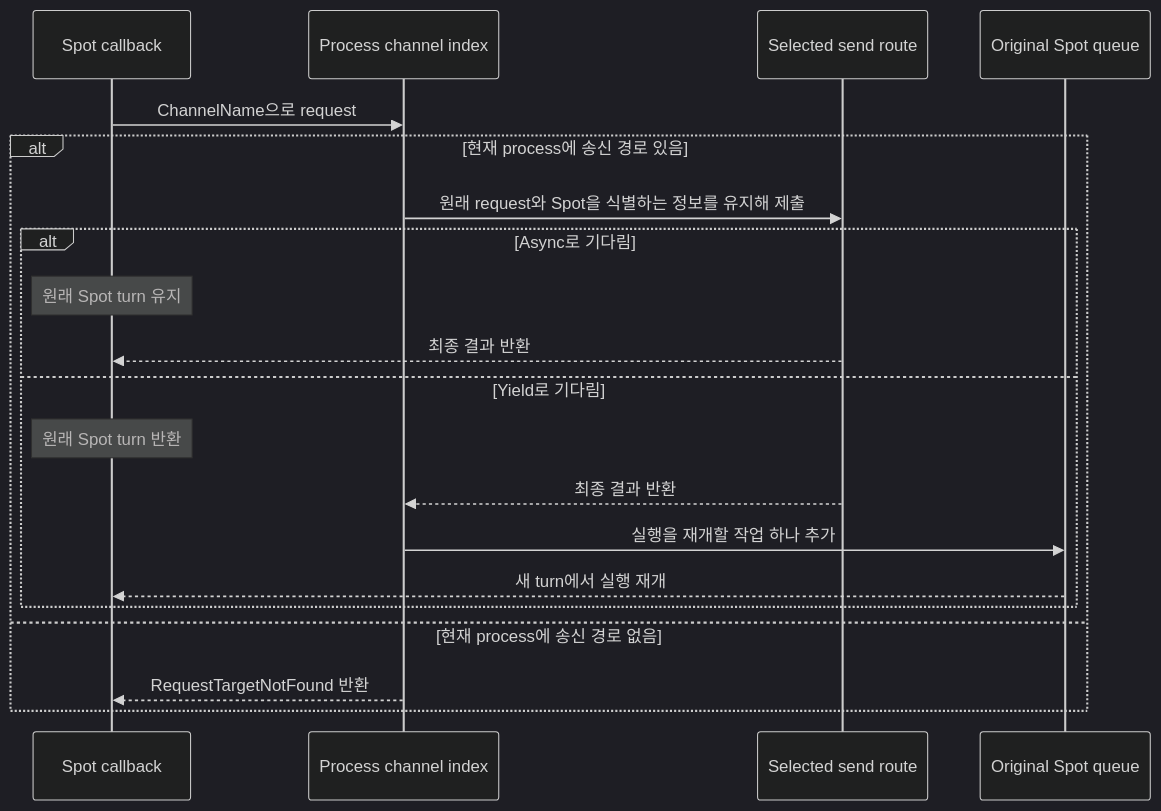
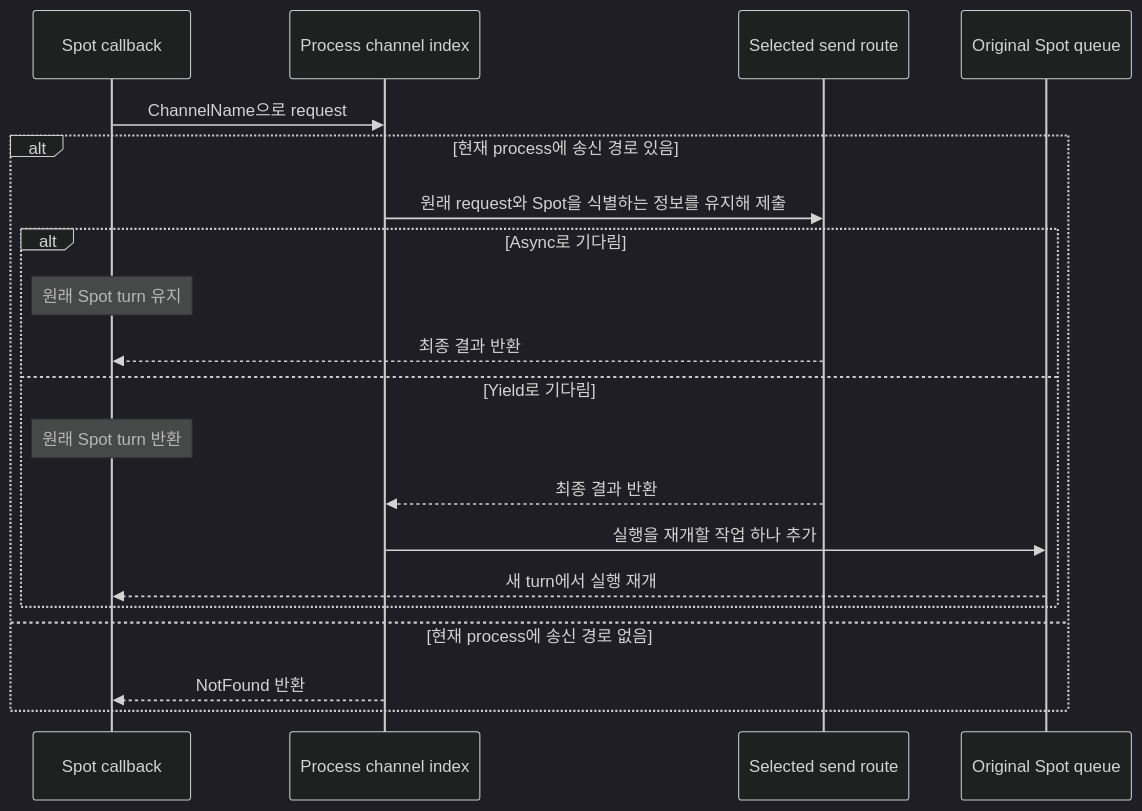
One commit to kairos-code-dev/zlink changed the second of 3 diagrams in framework/doc/framework/common/spec/12-spot-messaging.ko.md. Above: the diagram before and after it, drawn with Mermaid (dark theme). The commit also changed other lines of this file and 1160 other files, not shown here.

````diff
--- a/framework/doc/framework/common/spec/12-spot-messaging.ko.md
+++ b/framework/doc/framework/common/spec/12-spot-messaging.ko.md
@@ -578,23 +578,23 @@
 ```mermaid
 sequenceDiagram
     participant Spot as Spot callback
     participant Index as Process channel index
     participant Route as Selected send route
     participant Queue as Original Spot queue
 
     Spot->>Index: ChannelName으로 request
     alt 현재 process에 송신 경로 있음
         Index->>Route: 원래 request와 Spot을 식별하는 정보를 유지해 제출
         alt Async로 기다림
             Note over Spot: 원래 Spot turn 유지
             Route-->>Spot: 최종 결과 반환
         else Yield로 기다림
             Note over Spot: 원래 Spot turn 반환
             Route-->>Index: 최종 결과 반환
             Index->>Queue: 실행을 재개할 작업 하나 추가
             Queue-->>Spot: 새 turn에서 실행 재개
         end
     else 현재 process에 송신 경로 없음
-        Index-->>Spot: RequestTargetNotFound 반환
+        Index-->>Spot: NotFound 반환
     end
 ```
````
